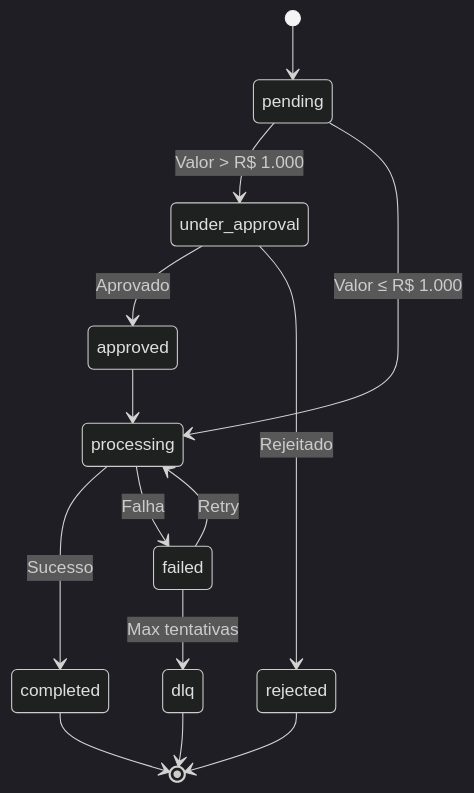
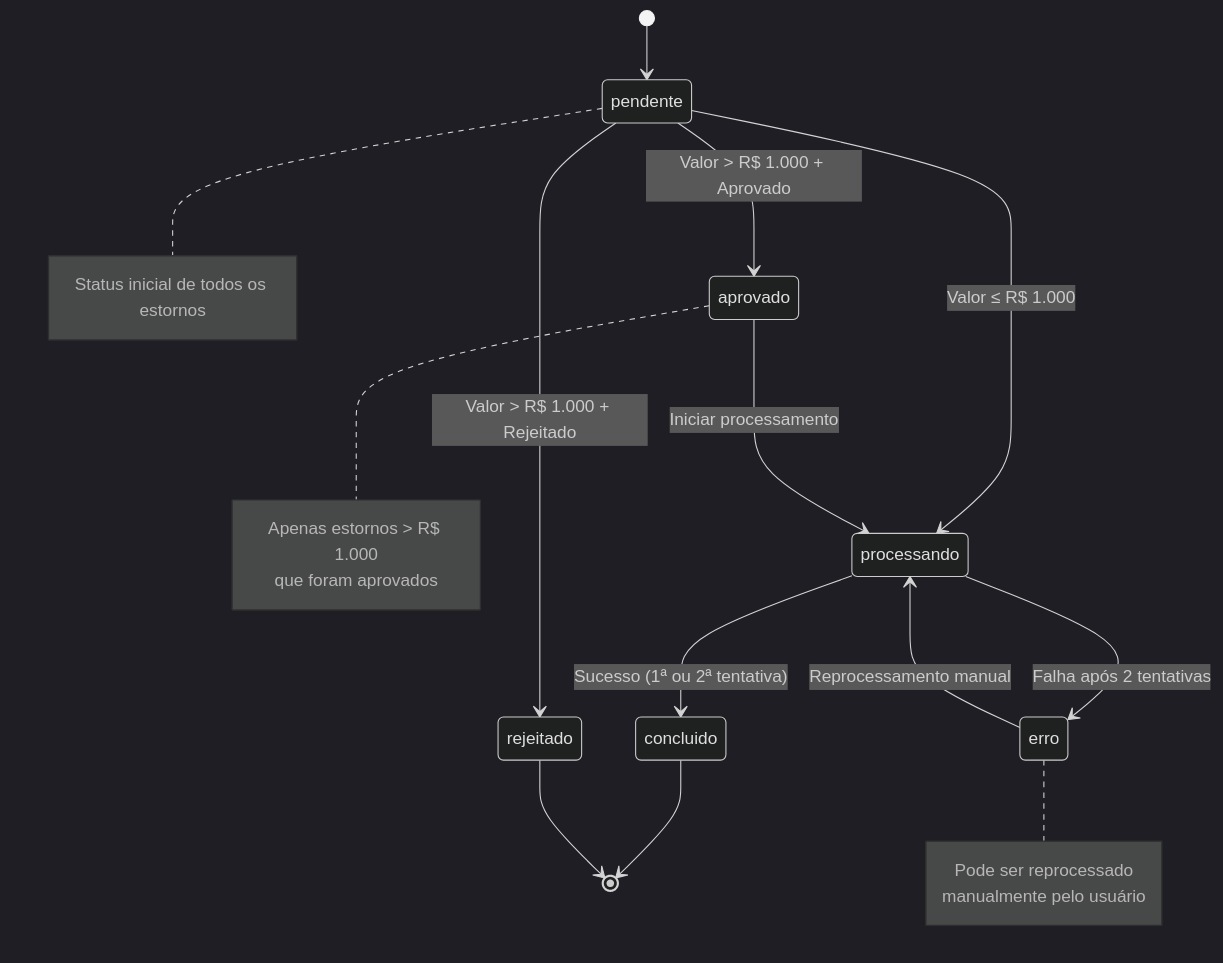
One commit to viniciusbertoquintino/viniciusbertoquintino changed the second of 2 diagrams in KPMG-Desafios-GenAI-Vinicius-Berto-Quintino/A3/Diagramas.md. Above: the diagram before and after it, drawn with Mermaid (dark theme). The commit also changed other lines of this file, not shown here.

````diff
--- a/KPMG-Desafios-GenAI-Vinicius-Berto-Quintino/A3/Diagramas.md
+++ b/KPMG-Desafios-GenAI-Vinicius-Berto-Quintino/A3/Diagramas.md
@@ -25,16 +25,27 @@
 ```mermaid
 stateDiagram-v2
-    [*] --> pending
-    pending --> under_approval : Valor > R$ 1.000
-    pending --> processing : Valor ≤ R$ 1.000
-    under_approval --> approved : Aprovado
-    under_approval --> rejected : Rejeitado
-    approved --> processing
-    processing --> completed : Sucesso
-    processing --> failed : Falha
-    failed --> processing : Retry
-    failed --> dlq : Max tentativas
-    completed --> [*]
-    rejected --> [*]
-    dlq --> [*]
+    [*] --> pendente
+    pendente --> processando : Valor ≤ R$ 1.000
+    pendente --> aprovado : Valor > R$ 1.000 + Aprovado
+    pendente --> rejeitado : Valor > R$ 1.000 + Rejeitado
+    aprovado --> processando : Iniciar processamento
+    processando --> concluido : Sucesso (1ª ou 2ª tentativa)
+    processando --> erro : Falha após 2 tentativas
+    erro --> processando : Reprocessamento manual
+    concluido --> [*]
+    rejeitado --> [*]
+    
+    note right of pendente
+        Status inicial de todos os estornos
+    end note
+    
+    note right of aprovado
+        Apenas estornos > R$ 1.000
+        que foram aprovados
+    end note
+    
+    note right of erro
+        Pode ser reprocessado
+        manualmente pelo usuário
+    end note
 ```
````
